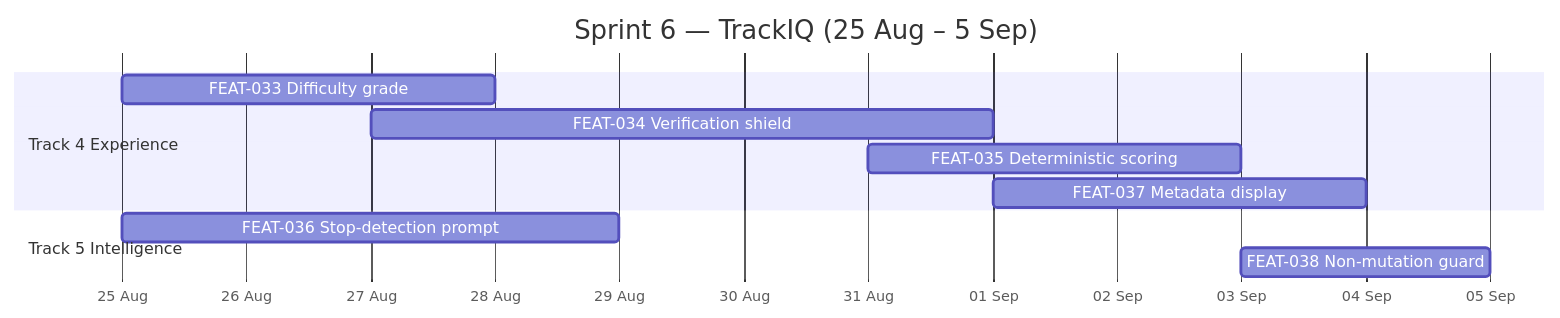
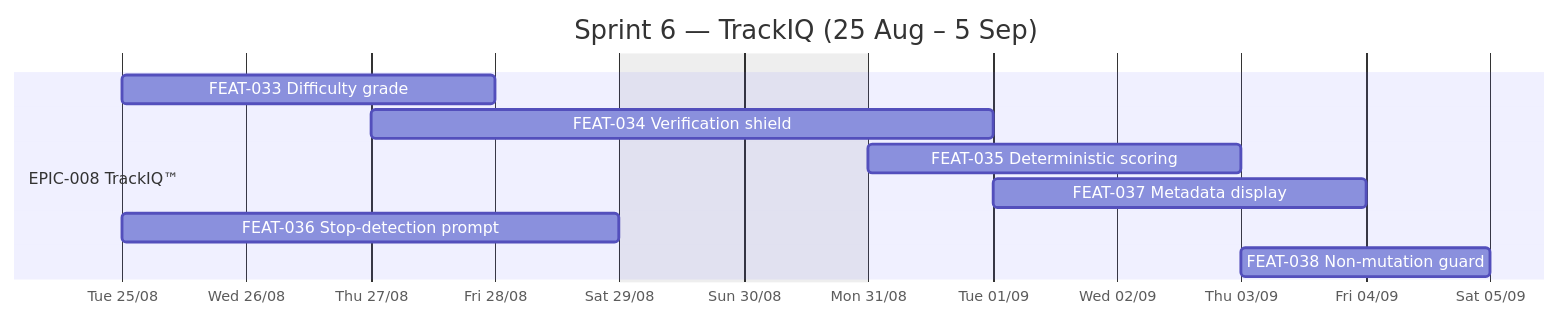
The eighth of 13 diagrams in docs/planning.md (giakhanh22024558/Trackaroo-Cheat-Sheat), drawn with Mermaid before and after one commit. The commit also changed other lines of this file and 1 other file, not shown here.

First line of the commit message:
planning: Sprint 0 register reframed to Tasks (S0-) + Topic/Concern/Criteria; gantt polish

````diff
--- a/docs/planning.md
+++ b/docs/planning.md
@@ -288,14 +300,15 @@
 ```mermaid
 gantt
     title Sprint 6 — TrackIQ (25 Aug – 5 Sep)
     dateFormat YYYY-MM-DD
-    axisFormat %d %b
-    section Track 4 Experience
+    axisFormat %a %d/%m
+    tickInterval 1day
+    excludes weekends
+    section EPIC-008 TrackIQ™
     FEAT-033 Difficulty grade       :2026-08-25, 2026-08-28
     FEAT-034 Verification shield     :2026-08-27, 2026-09-01
     FEAT-035 Deterministic scoring   :2026-08-31, 2026-09-03
     FEAT-037 Metadata display        :2026-09-01, 2026-09-04
-    section Track 5 Intelligence
     FEAT-036 Stop-detection prompt   :2026-08-25, 2026-08-29
     FEAT-038 Non-mutation guard      :2026-09-03, 2026-09-05
 ```
````
